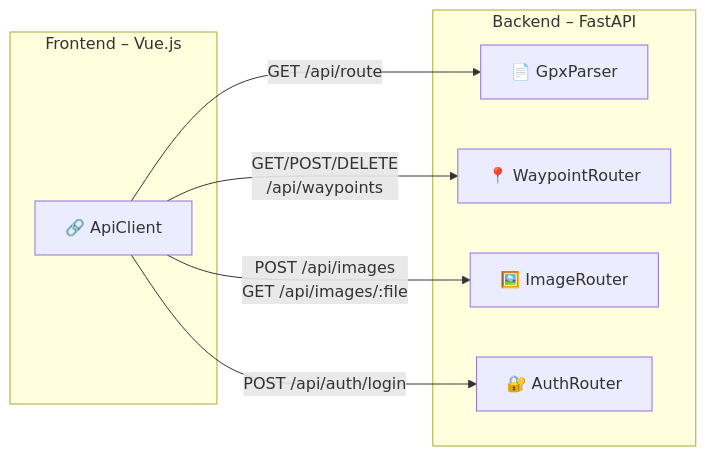
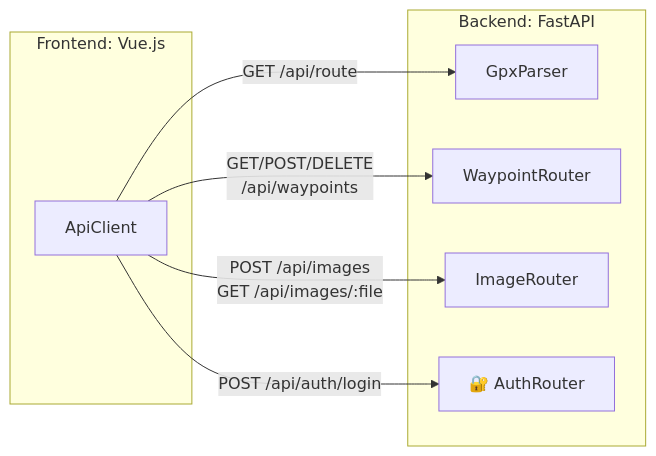
One commit to einerMitW/lofoten_2026 changed the fifth of 5 diagrams in c4_model/overview.md. Above: the diagram before and after it, drawn with Mermaid. The commit also changed 89 other files, not shown here.

````diff
--- a/c4_model/overview.md
+++ b/c4_model/overview.md
@@ -164,18 +164,18 @@
 ```mermaid
 graph LR
-    subgraph "Frontend – Vue.js"
-        ApiClient["🔗 ApiClient"]
+    subgraph "Frontend: Vue.js"
+        ApiClient[" ApiClient"]
     end
 
-    subgraph "Backend – FastAPI"
-        GpxParser["📄 GpxParser"]
-        WaypointRouter["📍 WaypointRouter"]
-        ImageRouter["🖼️ ImageRouter"]
+    subgraph "Backend: FastAPI"
+        GpxParser["GpxParser"]
+        WaypointRouter["WaypointRouter"]
+        ImageRouter["ImageRouter"]
         AuthRouter["🔐 AuthRouter"]
     end
 
     ApiClient -- "GET /api/route" --> GpxParser
     ApiClient -- "GET/POST/DELETE<br/>/api/waypoints" --> WaypointRouter
     ApiClient -- "POST /api/images<br/>GET /api/images/:file" --> ImageRouter
     ApiClient -- "POST /api/auth/login" --> AuthRouter
 ```
````
